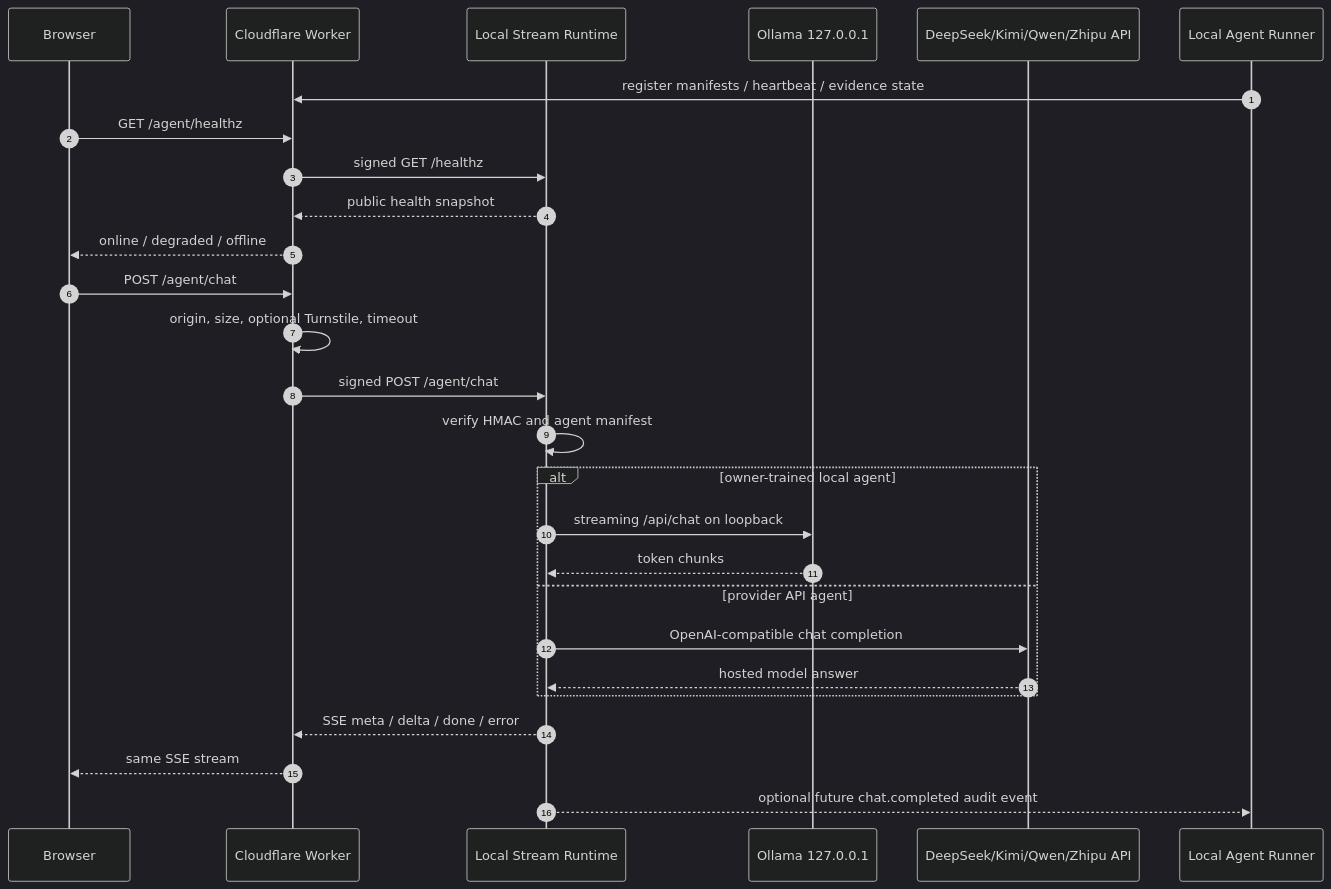
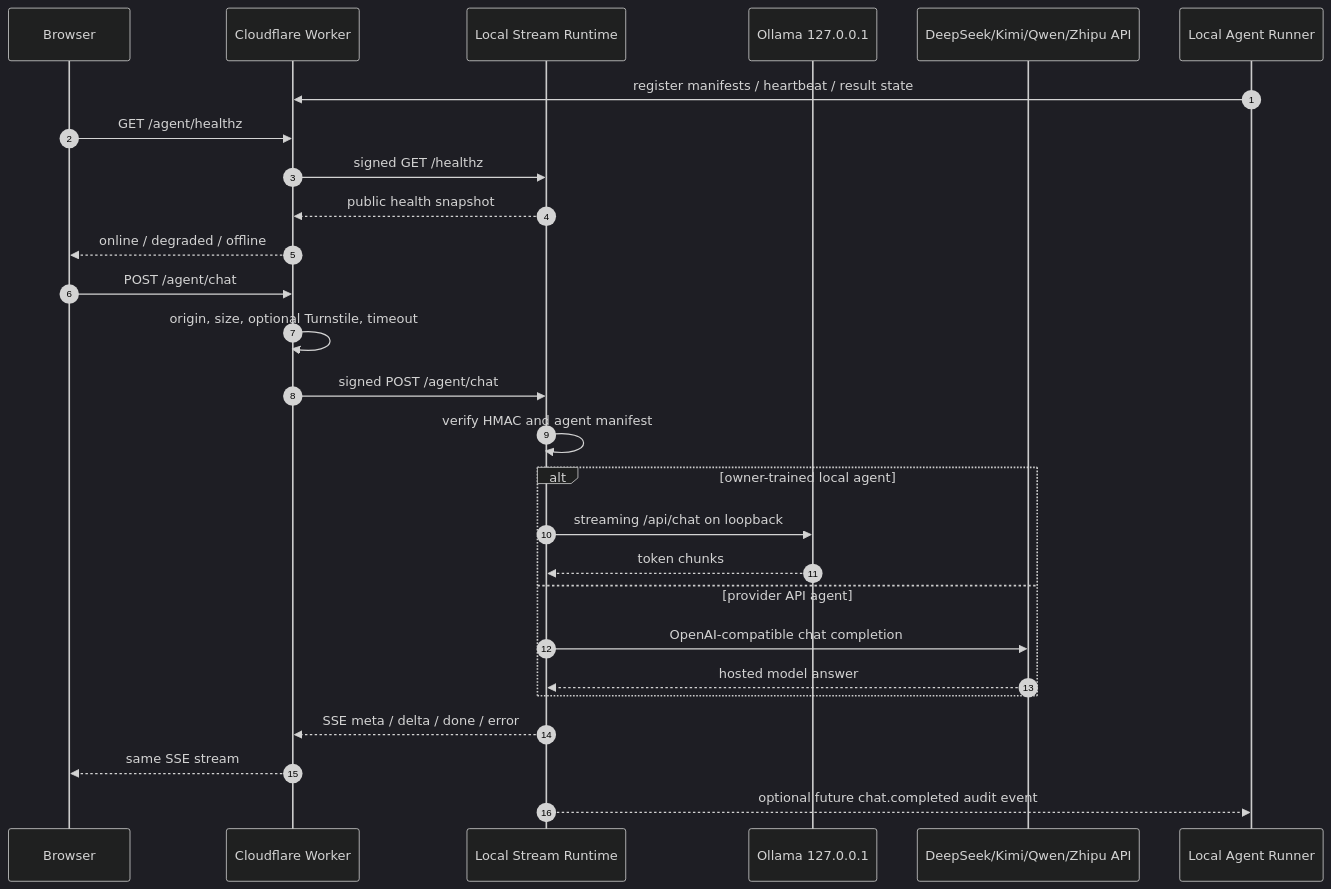
Before and after one commit to Tiancheng-Xu/agent-market: the diagram in docs/architecture/agent-market-live-chat-sequence.mmd, drawn with Mermaid (dark theme). The commit also changed 69 other files, not shown here.

```diff
--- a/docs/architecture/agent-market-live-chat-sequence.mmd
+++ b/docs/architecture/agent-market-live-chat-sequence.mmd
@@ -1,28 +1,28 @@
 sequenceDiagram
   autonumber
   participant Browser
   participant Worker as Cloudflare Worker
   participant Runtime as Local Stream Runtime
   participant Ollama as Ollama 127.0.0.1
   participant Provider as DeepSeek/Kimi/Qwen/Zhipu API
   participant Runner as Local Agent Runner
 
-  Runner->>Worker: register manifests / heartbeat / evidence state
+  Runner->>Worker: register manifests / heartbeat / result state
   Browser->>Worker: GET /agent/healthz
   Worker->>Runtime: signed GET /healthz
   Runtime-->>Worker: public health snapshot
   Worker-->>Browser: online / degraded / offline
   Browser->>Worker: POST /agent/chat
   Worker->>Worker: origin, size, optional Turnstile, timeout
   Worker->>Runtime: signed POST /agent/chat
   Runtime->>Runtime: verify HMAC and agent manifest
   alt owner-trained local agent
     Runtime->>Ollama: streaming /api/chat on loopback
     Ollama-->>Runtime: token chunks
   else provider API agent
     Runtime->>Provider: OpenAI-compatible chat completion
     Provider-->>Runtime: hosted model answer
   end
   Runtime-->>Worker: SSE meta / delta / done / error
   Worker-->>Browser: same SSE stream
   Runtime-->>Runner: optional future chat.completed audit event
```
